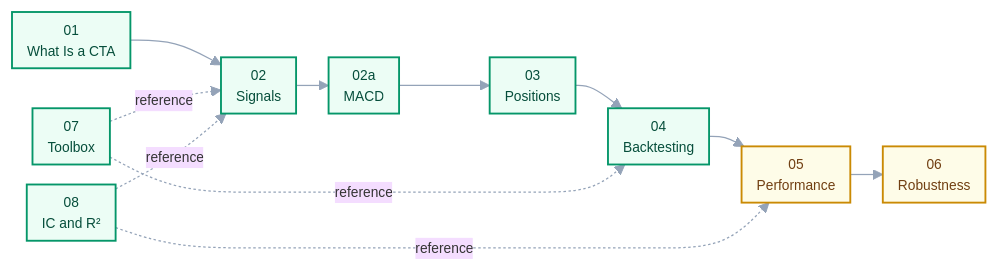
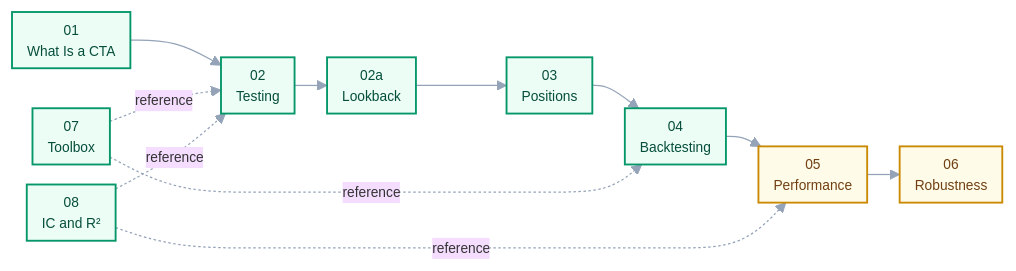
Before and after one commit to Harrybido2711/CTA_Strategy: the diagram in docs/00-index.md, drawn with Mermaid. The commit also changed other lines of this file and 4 other files, not shown here.

````diff
--- a/docs/00-index.md
+++ b/docs/00-index.md
@@ -9,24 +9,24 @@
 ```mermaid
 %%{init: {'theme':'base','themeVariables':{'fontSize':'11px','lineColor':'#94a3b8'},'flowchart':{'nodeSpacing':16,'rankSpacing':26,'padding':6}}}%%
 flowchart LR
     C01["01<br/>What Is a CTA"]
-    C02["02<br/>Signals"]
-    C02A["02a<br/>MACD"]
+    C02["02<br/>Testing"]
+    C02A["02a<br/>Lookback"]
     C03["03<br/>Positions"]
     C04["04<br/>Backtesting"]
     C05["05<br/>Performance"]
     C06["06<br/>Robustness"]
     C07["07<br/>Toolbox"]
     C08["08<br/>IC and R²"]
 
     C01 --> C02 --> C02A --> C03 --> C04 --> C05 --> C06
     C07 -. reference .-> C02
     C07 -. reference .-> C04
     C08 -. reference .-> C02
     C08 -. reference .-> C05
 
     classDef done fill:#ecfdf5,stroke:#059669,color:#064e3b,stroke-width:1.5px;
     classDef part fill:#fefce8,stroke:#ca8a04,color:#713f12,stroke-width:1.5px;
     class C01,C02,C02A,C03,C04,C07,C08 done;
     class C05,C06 part;
 ```
````
